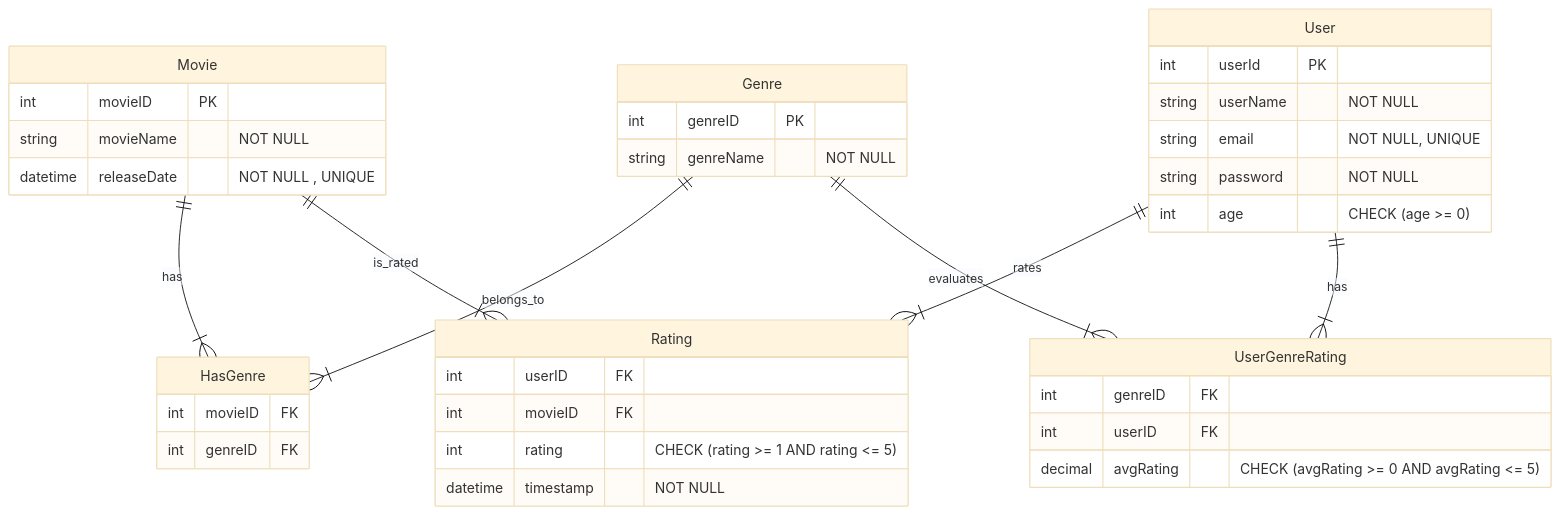
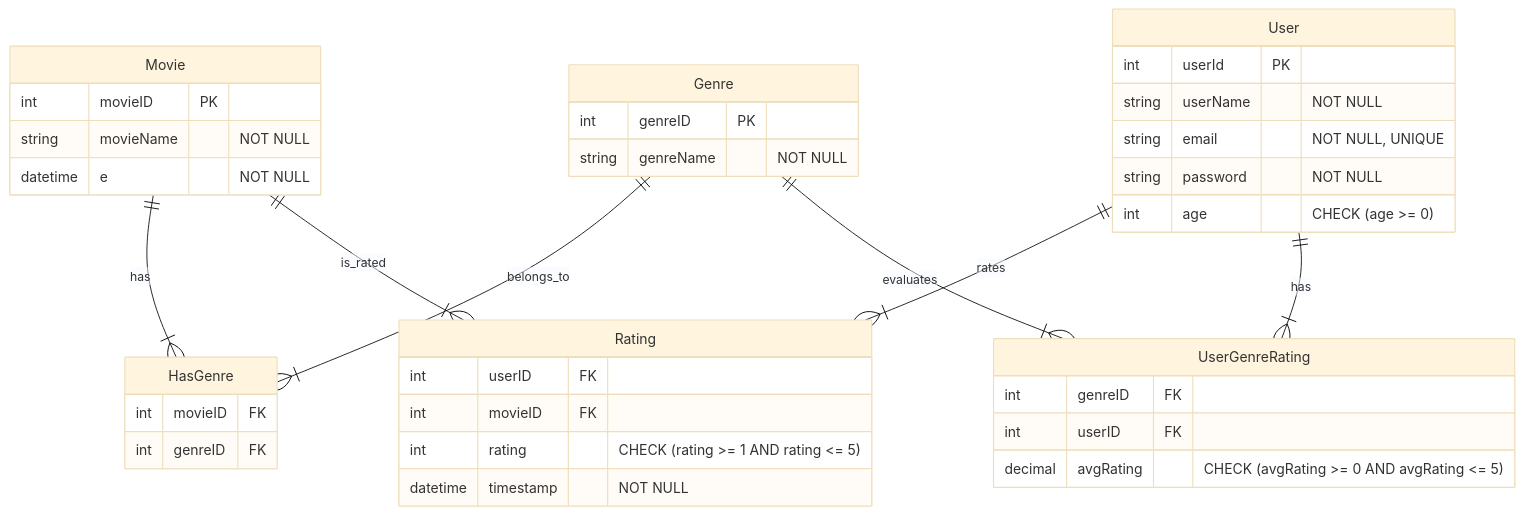
The diagram in src/DB/erd.mmd (liad-coj-007/movie-recommendation), drawn with Mermaid (base theme) before and after one commit. The commit also changed 2 other files, not shown here.

```diff
--- a/src/DB/erd.mmd
+++ b/src/DB/erd.mmd
@@ -1,47 +1,47 @@
 erDiagram
     Movie ||--|{ HasGenre : "has"
     Genre ||--|{ HasGenre : "belongs_to"
     User ||--|{ Rating : "rates"
     Movie ||--|{ Rating : "is_rated"
 
     User ||--|{ UserGenreRating : "has"
     Genre ||--|{ UserGenreRating : "evaluates"
 
     User {
         int userId PK
         string userName "NOT NULL"
         string email  "NOT NULL, UNIQUE"
         string password "NOT NULL"
         int age "CHECK (age >= 0)"
     }
 
     Genre {
         int genreID PK
         string genreName "NOT NULL"
     }
 
     Movie {
         int movieID PK
         string movieName "NOT NULL" 
-        datetime releaseDate "NOT NULL , UNIQUE"
+        datetime e "NOT NULL"
     }
 
 
 
     HasGenre {
         int movieID FK
         int genreID FK
     }
 
     Rating {
         int userID FK
         int movieID FK
         int rating "CHECK (rating >= 1 AND rating <= 5)"
         datetime timestamp "NOT NULL"
     }
 
     UserGenreRating {
         int genreID FK
         int userID FK
         decimal avgRating "CHECK (avgRating >= 0 AND avgRating <= 5)"
     }
```
